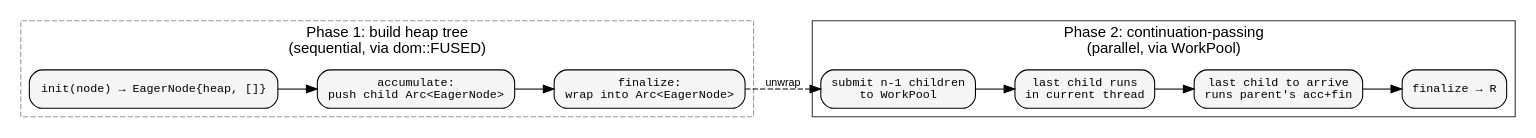
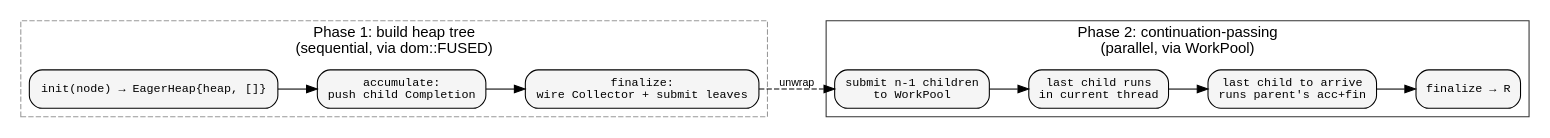
The third of 3 diagrams in book/src/cookbook/parallel_execution.md (hylic-recursion/hylic-docs), drawn with Graphviz before and after one commit. The commit also changed other lines of this file and 8 other files, not shown here.

````diff
--- a/book/src/cookbook/parallel_execution.md
+++ b/book/src/cookbook/parallel_execution.md
@@ -148,28 +148,28 @@
 ```dot process
 digraph {
     rankdir=LR;
     node [shape=box, style="rounded,filled", fillcolor="#f5f5f5", fontname="monospace", fontsize=11];
     edge [fontname="sans-serif", fontsize=10];
 
     subgraph cluster_p1 {
         label="Phase 1: build heap tree\n(sequential, via dom::FUSED)";
         style=dashed; color="#999999"; fontname="sans-serif";
-        init1 [label="init(node) → EagerNode{heap, []}"];
-        acc1  [label="accumulate:\npush child Arc<EagerNode>"];
-        fin1  [label="finalize:\nwrap into Arc<EagerNode>"];
+        init1 [label="init(node) → EagerHeap{heap, []}"];
+        acc1  [label="accumulate:\npush child Completion"];
+        fin1  [label="finalize:\nwire Collector + submit leaves"];
         init1 -> acc1 -> fin1;
     }
 
     subgraph cluster_p2 {
         label="Phase 2: continuation-passing\n(parallel, via WorkPool)";
         style=solid; color="#333333"; fontname="sans-serif";
         fork [label="submit n-1 children\nto WorkPool"];
         self_ [label="last child runs\nin current thread"];
         cont [label="last child to arrive\nruns parent's acc+fin"];
         finf [label="finalize → R"];
         fork -> self_ -> cont -> finf;
     }
 
     fin1 -> fork [style=dashed, label="unwrap"];
 }
 ```
````
